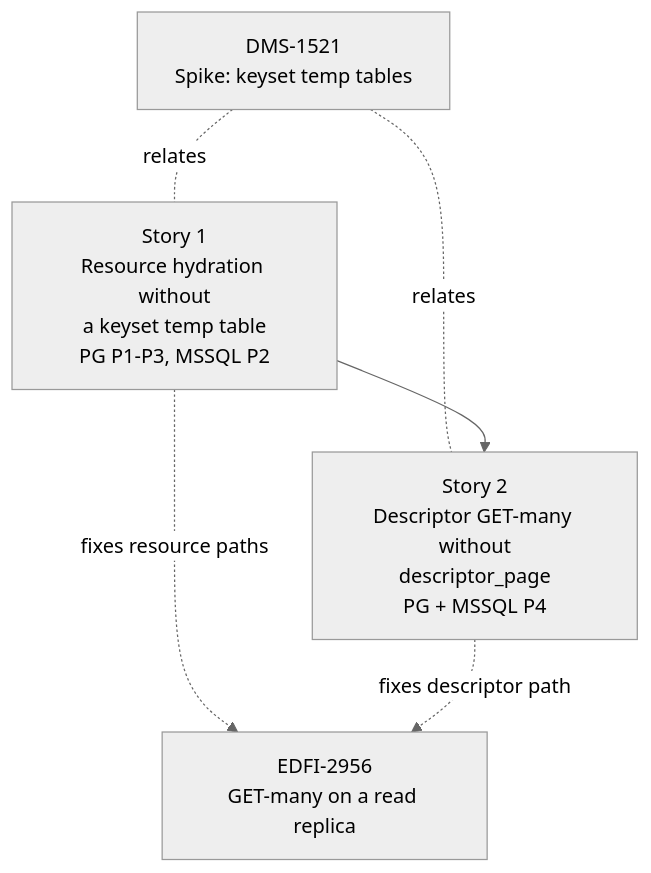
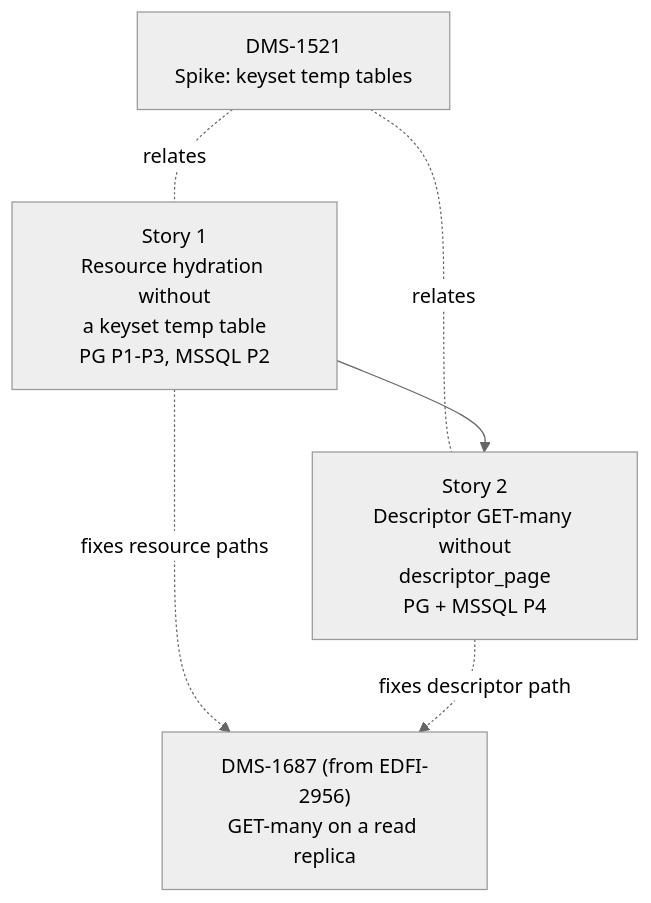
Before and after one commit to Ed-Fi-Alliance-OSS/Data-Management-Service: the diagram in reference/spikes/DMS-1521/candidate-implementation-stories.md, drawn with Mermaid (neutral theme). The commit also changed other lines of this file and 4 other files, not shown here.

````diff
--- a/reference/spikes/DMS-1521/candidate-implementation-stories.md
+++ b/reference/spikes/DMS-1521/candidate-implementation-stories.md
@@ -46,13 +46,13 @@
 ```mermaid
 graph TD
   DMS1521["DMS-1521<br/>Spike: keyset temp tables"]
   S1["Story 1<br/>Resource hydration without<br/>a keyset temp table<br/>PG P1-P3, MSSQL P2"]
   S2["Story 2<br/>Descriptor GET-many without<br/>descriptor_page<br/>PG + MSSQL P4"]
-  EDFI2956["EDFI-2956<br/>GET-many on a read replica"]
+  DMS1687["DMS-1687 (from EDFI-2956)<br/>GET-many on a read replica"]
 
   DMS1521 -. relates .- S1
   DMS1521 -. relates .- S2
   S1 --> S2
-  S1 -. fixes resource paths .-> EDFI2956
-  S2 -. fixes descriptor path .-> EDFI2956
+  S1 -. fixes resource paths .-> DMS1687
+  S2 -. fixes descriptor path .-> DMS1687
 ```
````
